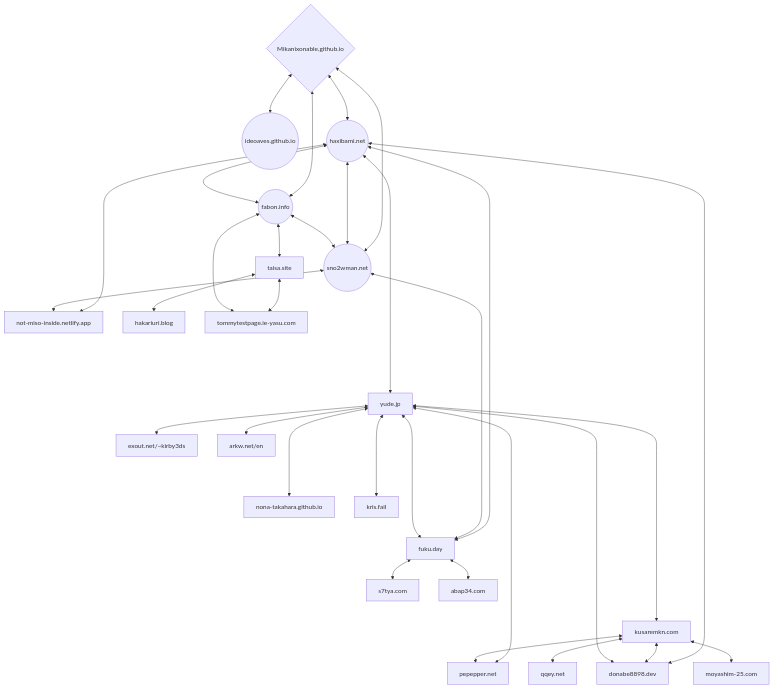
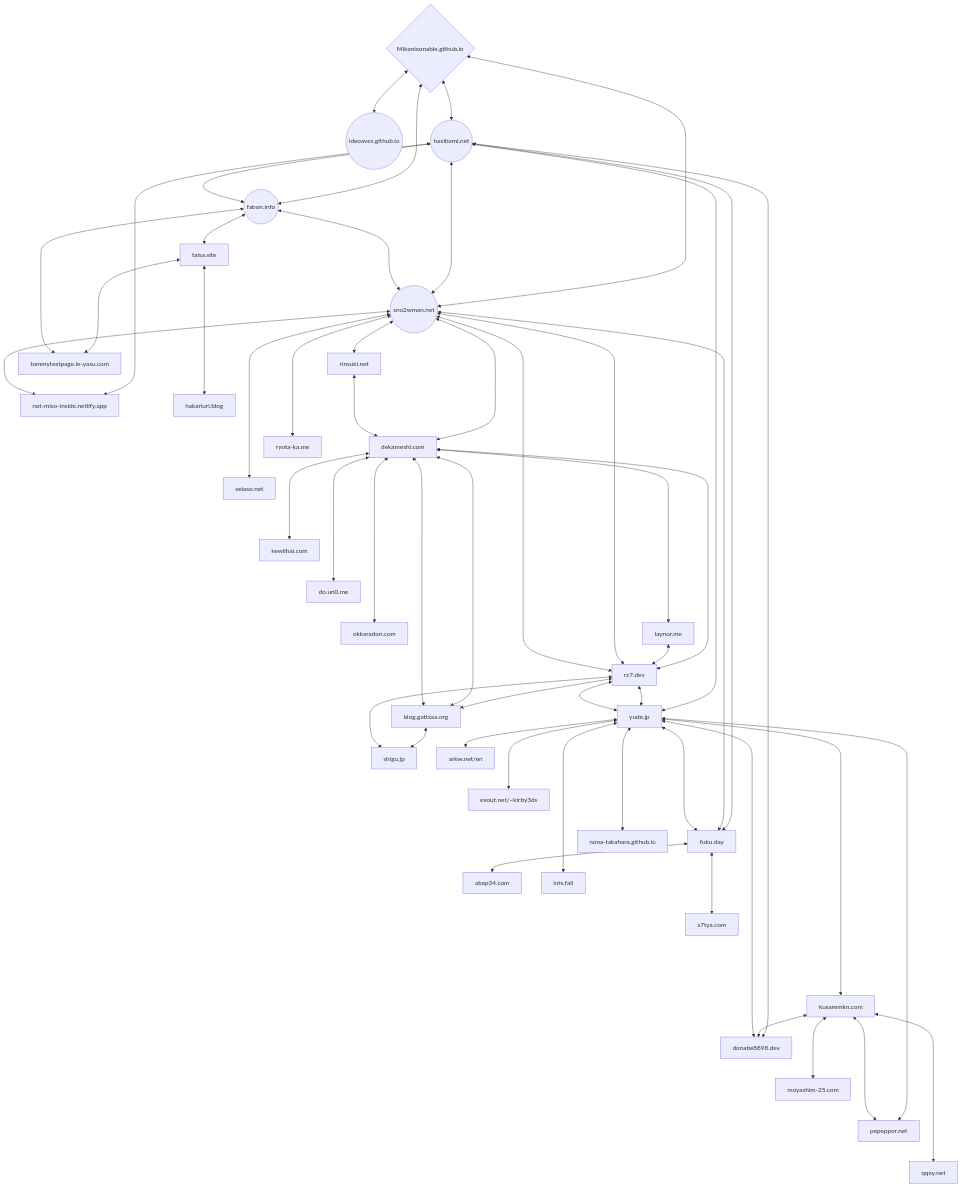
The second of 2 diagrams in 37.md (Mikanixonable/Mikanixonable.github.io), drawn with Mermaid before and after one commit. The commit also changed other lines of this file, not shown here.

```diff
--- a/37.md
+++ b/37.md
@@ -79,45 +79,63 @@
 ~~~mermaid
 graph TD;
 A{Mikanixonable.github.io}
     A <--> I((ideoaves.github.io))
     A <--> H
     A <--> F
     A <--> S
 
 H((haxibami.net))
     H <--> F
     H <--> S
     H <--> N
     H <--> fuku.day
     H <--> donabe8898.dev
-    H <-------> Y
+    H <---------> Y
 
 
 S((sno2wman.net))
-    S <--> N
+    S <---> N
     S <----> fuku.day
+    S <---> dekameshi.com
+    S <----> ryota-ka.me
+    S <-----> xeiaso.net
+    S <--> rinsuki.net <---> dekameshi.com
+        dekameshi.com <----> kewiihai.com
+        dekameshi.com <-----> do.un0.me
+        dekameshi.com <------> okkaradon.com
+        dekameshi.com <-------> rz7.dev <--> Y
+            shigu.jp <--> rz7.dev <--> S
+            rz7.dev <--> blog.gattxxa.org <--> dekameshi.com
+                blog.gattxxa.org <--> shigu.jp
+            laynor.me <--> rz7.dev <--> S
+            rz7.dev <--> Y
+            
+        dekameshi.com <--> laynor.me
+        dekameshi.com <--> blog.gattxxa.org
+
+
 F((fabon.info))
-    F <--> S
+    F <---> S
     F <--> taisa.site
-        taisa.site <--> hakariuri.blog
-            taisa.site <--> tommytestpage.ie-yasu.com
-    F <--> tommytestpage.ie-yasu.com
+        taisa.site <----> hakariuri.blog
+            taisa.site <---> tommytestpage.ie-yasu.com
+    F <---> tommytestpage.ie-yasu.com
 
 N[not-miso-inside.netlify.app]
 Y[yude.jp]
-Y <-----> fuku.day
-    fuku.day <--> s7tya.com
+Y <----> fuku.day
+    fuku.day <---> s7tya.com
     fuku.day <--> abap34.com
-Y <--> E
+Y <---> E
 Y <----> nona-takahara.github.io
-Y <---> pepepper.net
+Y <----> pepepper.net
 Y <--> arkw.net/en
-Y <----> kris.fail
-Y <-------> kusaremkn.com <--> qqey.net
-    kusaremkn.com <--> pepepper.net
-    kusaremkn.com <--> moyashim-25.com
+Y <-----> kris.fail
+Y <---------> kusaremkn.com <-----> qqey.net
+    kusaremkn.com <----> pepepper.net
+    kusaremkn.com <---> moyashim-25.com
     kusaremkn.com <--> donabe8898.dev
-Y <--> donabe8898.dev
+Y <----> donabe8898.dev
 
 E[exout.net/~kirby3ds]
 ~~~
```
